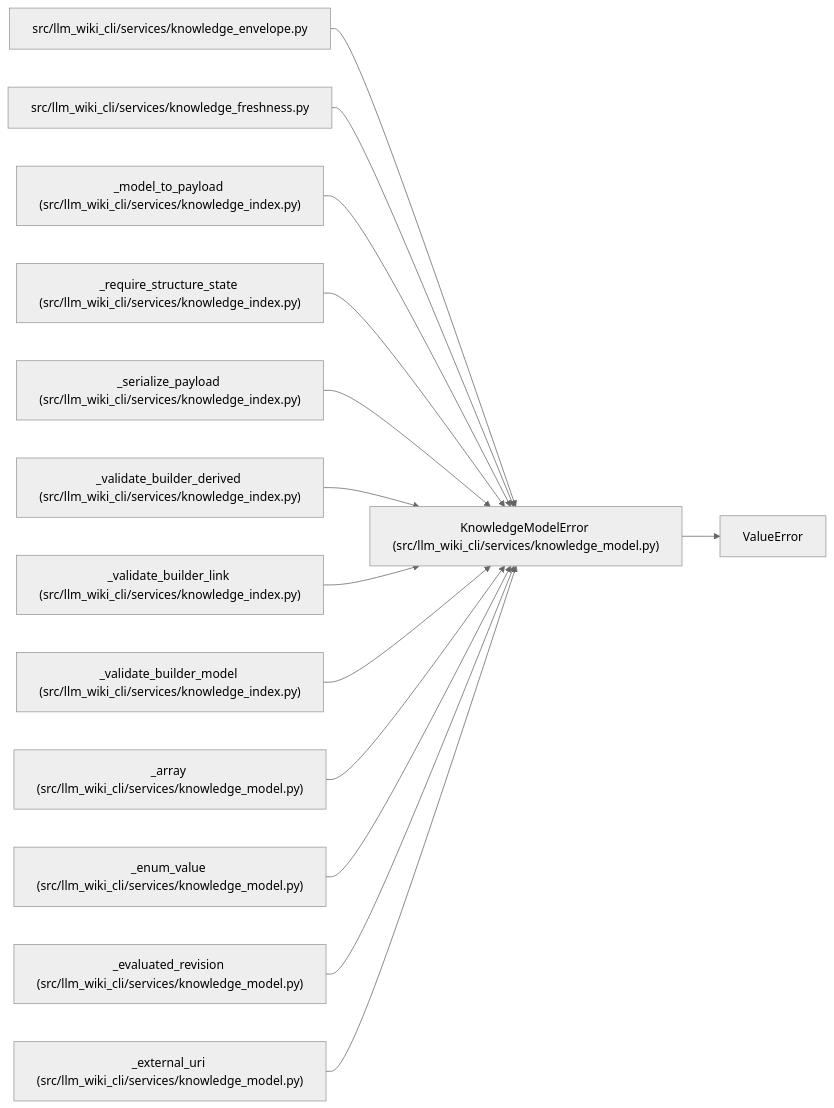
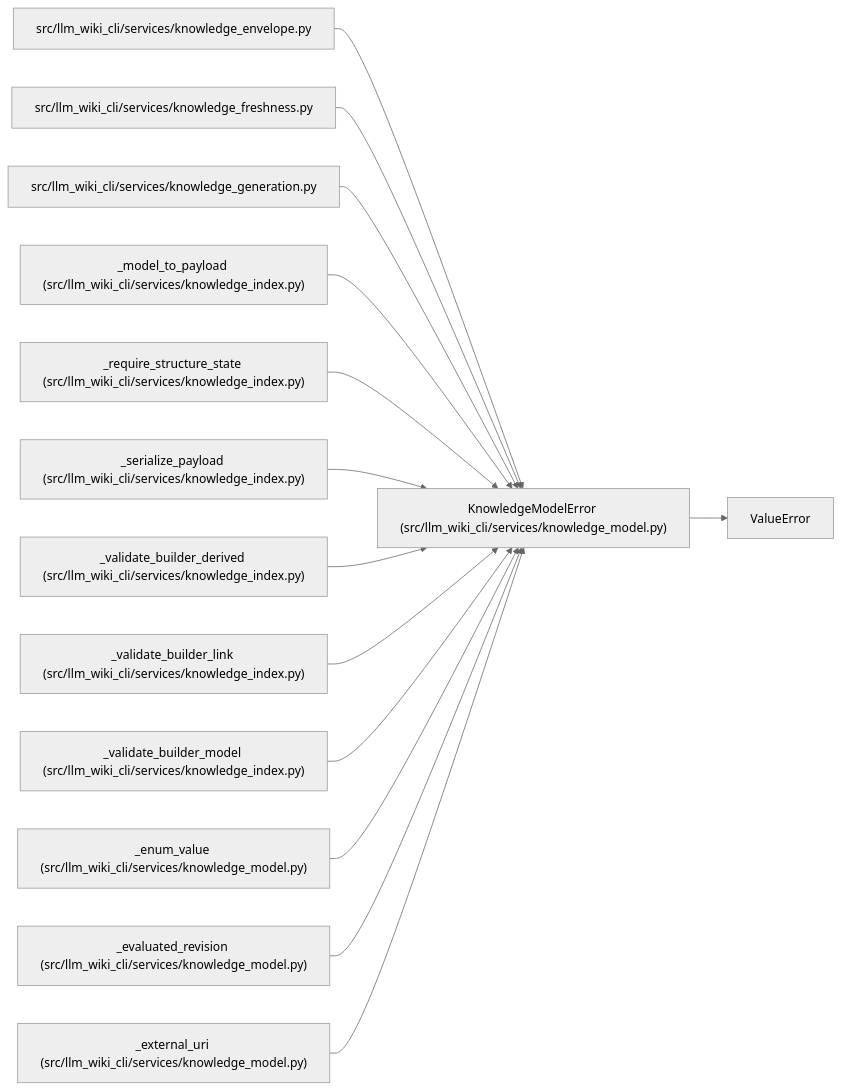
Before and after one commit to Denissvgn/python-wiki-llm: the diagram in docs/llm_wiki/entities/KnowledgeModelError.md, drawn with Mermaid (neutral theme). The commit also changed other lines of this file and 627 other files, not shown here.

````diff
--- a/docs/llm_wiki/entities/KnowledgeModelError.md
+++ b/docs/llm_wiki/entities/KnowledgeModelError.md
@@ -25,43 +25,43 @@
 ```mermaid
 flowchart LR
     n0["KnowledgeModelError (src/llm_wiki_cli/services/knowledge_model.py)"]
     n1["ValueError"]
     n2["src/llm_wiki_cli/services/knowledge_envelope.py"]
     n3["src/llm_wiki_cli/services/knowledge_freshness.py"]
-    n4["_model_to_payload (src/llm_wiki_cli/services/knowledge_index.py)"]
-    n5["_require_structure_state (src/llm_wiki_cli/services/knowledge_index.py)"]
-    n6["_serialize_payload (src/llm_wiki_cli/services/knowledge_index.py)"]
-    n7["_validate_builder_derived (src/llm_wiki_cli/services/knowledge_index.py)"]
-    n8["_validate_builder_link (src/llm_wiki_cli/services/knowledge_index.py)"]
-    n9["_validate_builder_model (src/llm_wiki_cli/services/knowledge_index.py)"]
-    n10["_array (src/llm_wiki_cli/services/knowledge_model.py)"]
+    n4["src/llm_wiki_cli/services/knowledge_generation.py"]
+    n5["_model_to_payload (src/llm_wiki_cli/services/knowledge_index.py)"]
+    n6["_require_structure_state (src/llm_wiki_cli/services/knowledge_index.py)"]
+    n7["_serialize_payload (src/llm_wiki_cli/services/knowledge_index.py)"]
+    n8["_validate_builder_derived (src/llm_wiki_cli/services/knowledge_index.py)"]
+    n9["_validate_builder_link (src/llm_wiki_cli/services/knowledge_index.py)"]
+    n10["_validate_builder_model (src/llm_wiki_cli/services/knowledge_index.py)"]
     n11["_enum_value (src/llm_wiki_cli/services/knowledge_model.py)"]
     n12["_evaluated_revision (src/llm_wiki_cli/services/knowledge_model.py)"]
     n13["_external_uri (src/llm_wiki_cli/services/knowledge_model.py)"]
     n0 --> n1
     n2 --> n0
     n3 --> n0
     n4 --> n0
     n5 --> n0
     n6 --> n0
     n7 --> n0
     n8 --> n0
     n9 --> n0
     n10 --> n0
     n11 --> n0
     n12 --> n0
     n13 --> n0
     click n0 "../modules/knowledge_model.md"
     click n2 "../modules/knowledge_envelope.md"
     click n3 "../modules/knowledge_freshness.md"
-    click n4 "../modules/knowledge_index.md"
+    click n4 "../modules/knowledge_generation.md"
     click n5 "../modules/knowledge_index.md"
     click n6 "../modules/knowledge_index.md"
     click n7 "../modules/knowledge_index.md"
     click n8 "../modules/knowledge_index.md"
     click n9 "../modules/knowledge_index.md"
-    click n10 "../modules/knowledge_model.md"
+    click n10 "../modules/knowledge_index.md"
     click n11 "../modules/knowledge_model.md"
     click n12 "../modules/knowledge_model.md"
     click n13 "../modules/knowledge_model.md"
 ```
````
